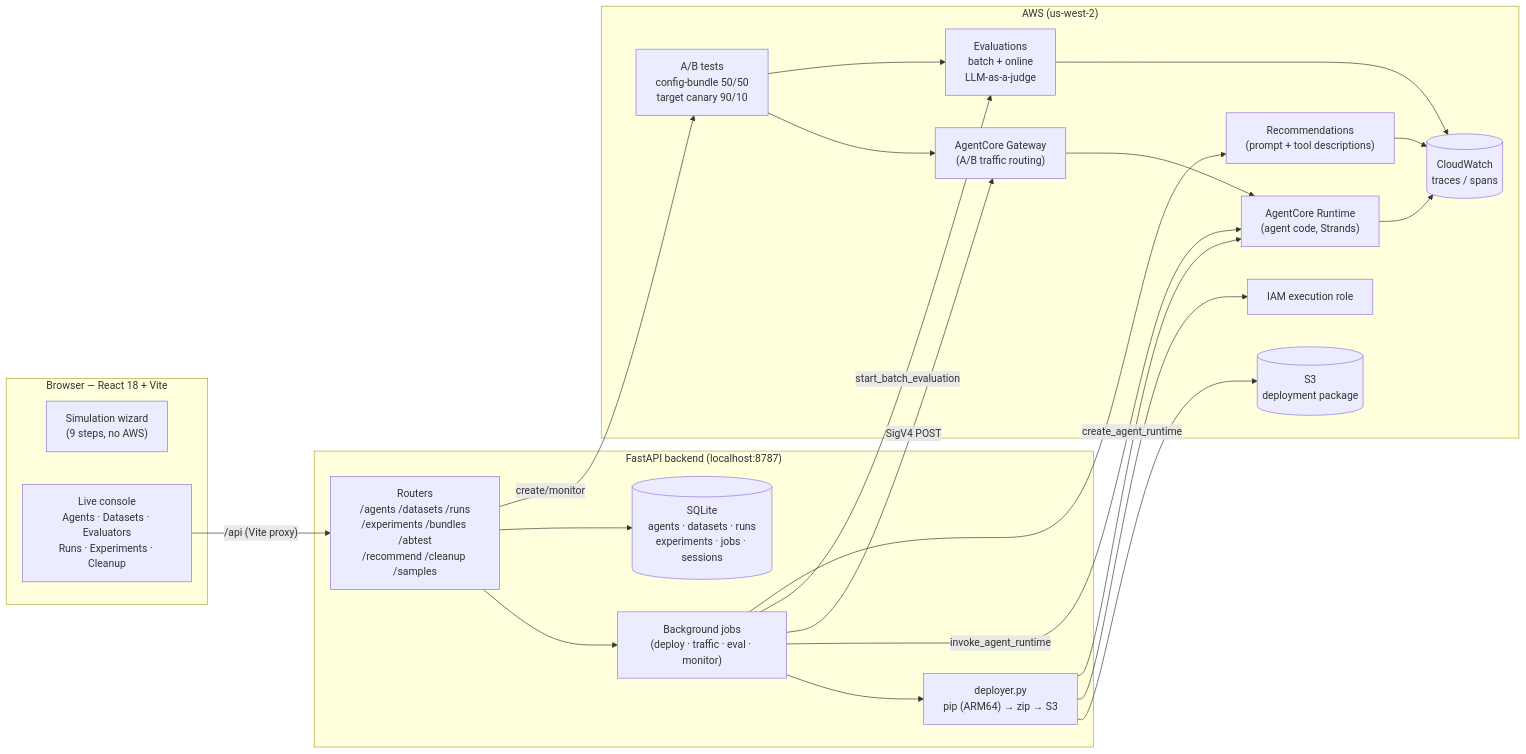
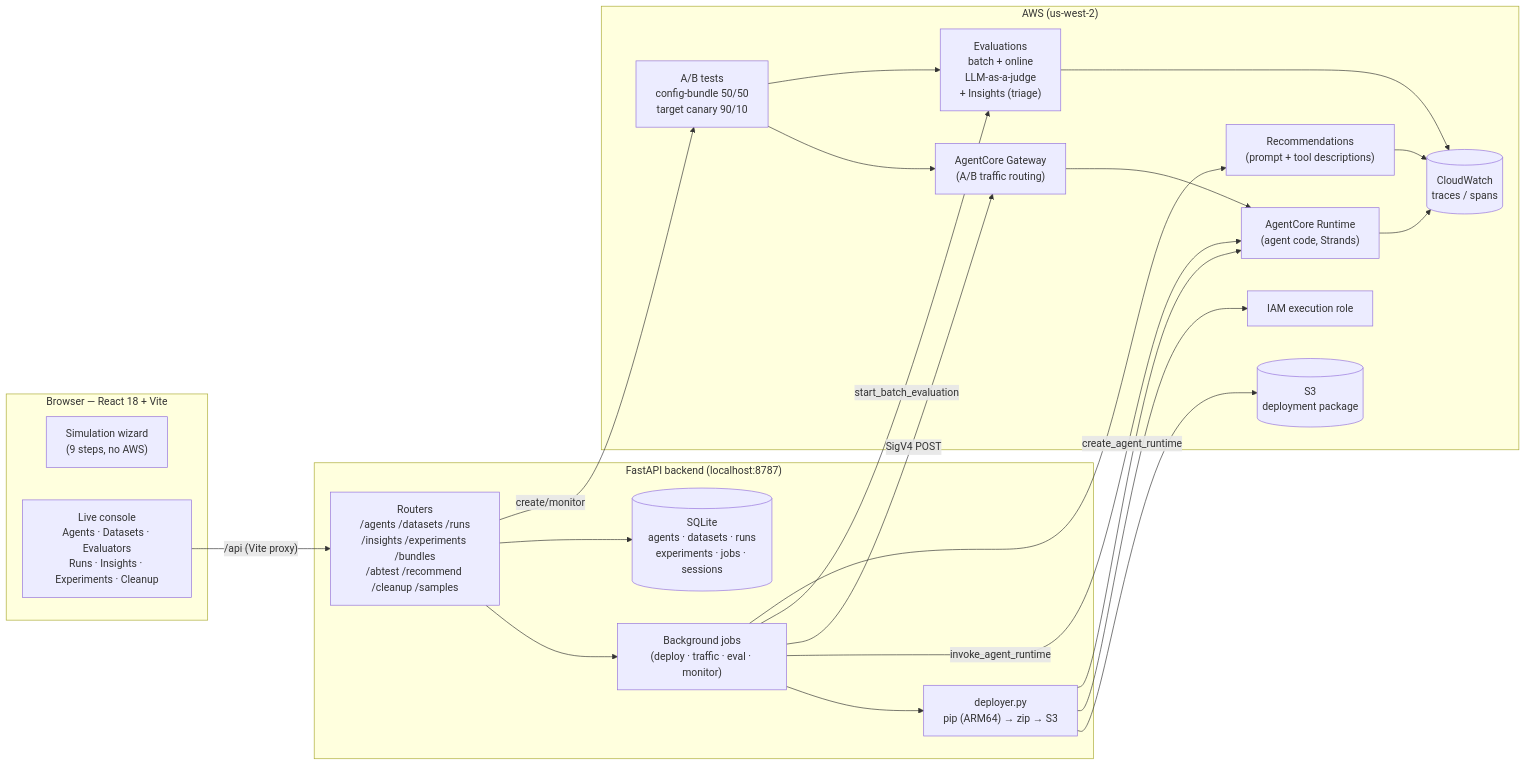
The diagram in README.md (xiehust/agentcore_eva_opt), drawn with Mermaid before and after one commit. The commit also changed other lines of this file and 36 other files, not shown here.

````diff
--- a/README.md
+++ b/README.md
@@ -19,44 +19,44 @@
 ```mermaid
 flowchart LR
     subgraph Browser["Browser — React 18 + Vite"]
         SIM["Simulation wizard<br/>(9 steps, no AWS)"]
-        CONSOLE["Live console<br/>Agents · Datasets · Evaluators<br/>Runs · Experiments · Cleanup"]
+        CONSOLE["Live console<br/>Agents · Datasets · Evaluators<br/>Runs · Insights · Experiments · Cleanup"]
     end
 
     subgraph Backend["FastAPI backend (localhost:8787)"]
-        API["Routers<br/>/agents /datasets /runs<br/>/experiments /bundles /abtest<br/>/recommend /cleanup /samples"]
+        API["Routers<br/>/agents /datasets /runs<br/>/insights /experiments /bundles<br/>/abtest /recommend /cleanup /samples"]
         JOBS["Background jobs<br/>(deploy · traffic · eval · monitor)"]
         DB[("SQLite<br/>agents · datasets · runs<br/>experiments · jobs · sessions")]
         DEPLOYER["deployer.py<br/>pip (ARM64) → zip → S3"]
     end
 
     subgraph AWS["AWS (us-west-2)"]
         RT["AgentCore Runtime<br/>(agent code, Strands)"]
         GW["AgentCore Gateway<br/>(A/B traffic routing)"]
         AB["A/B tests<br/>config-bundle 50/50<br/>target canary 90/10"]
-        EVAL["Evaluations<br/>batch + online<br/>LLM-as-a-judge"]
+        EVAL["Evaluations<br/>batch + online<br/>LLM-as-a-judge<br/>+ Insights (triage)"]
         REC["Recommendations<br/>(prompt + tool descriptions)"]
         CW[("CloudWatch<br/>traces / spans")]
         S3[("S3<br/>deployment package")]
         IAM["IAM execution role"]
     end
 
     CONSOLE -->|"/api (Vite proxy)"| API
     API --> JOBS
     API --> DB
     JOBS --> DEPLOYER
     DEPLOYER --> S3
     DEPLOYER --> IAM
     DEPLOYER -->|create_agent_runtime| RT
     JOBS -->|invoke_agent_runtime| RT
     JOBS -->|SigV4 POST| GW
     GW --> RT
     RT --> CW
     JOBS -->|start_batch_evaluation| EVAL
     EVAL --> CW
     JOBS --> REC
     REC --> CW
     API -->|create/monitor| AB
     AB --> GW
     AB --> EVAL
 ```
````
